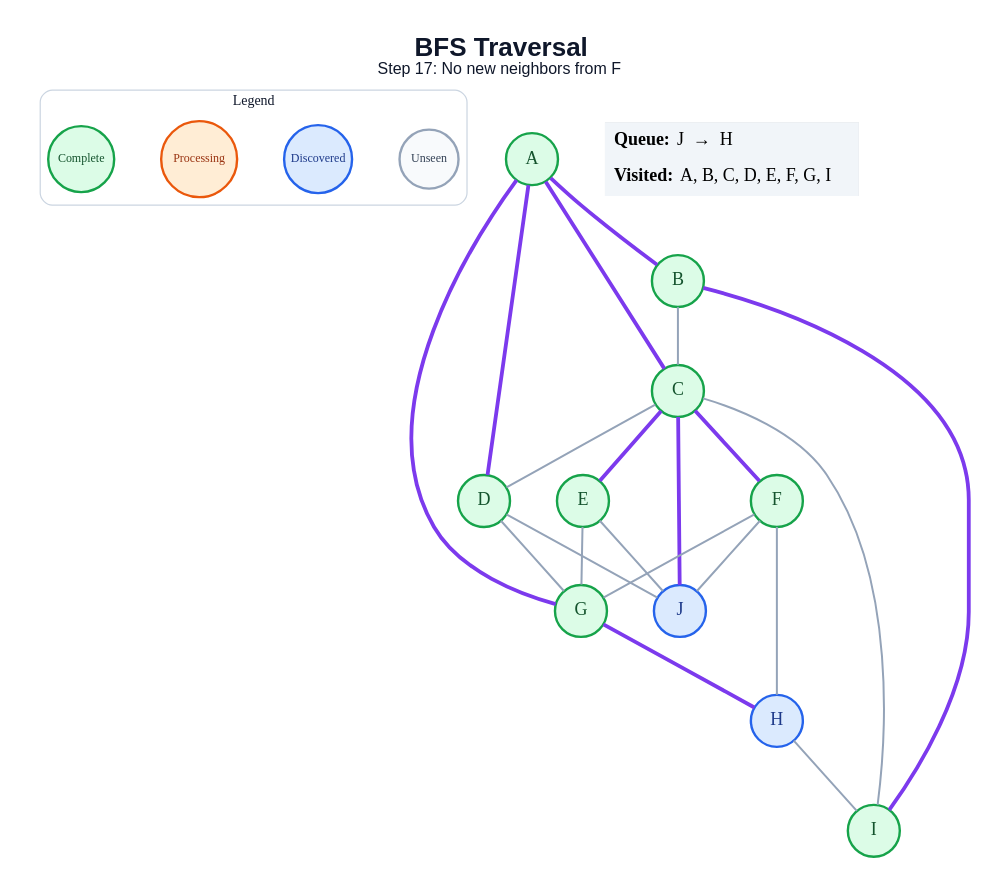
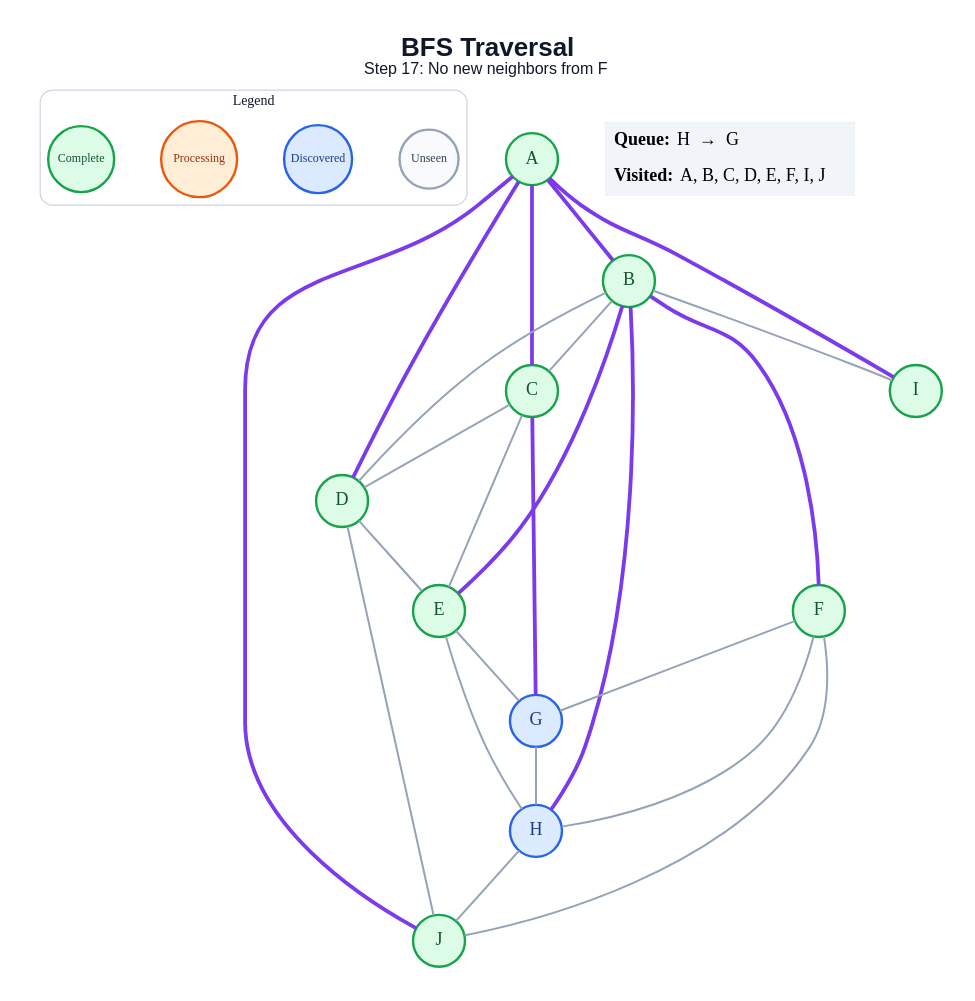
The diagram in generated/bfs/step_17.dot (amanghodawala9/ai-slop), drawn with Graphviz before and after one commit. The commit also changed 178 other files, not shown here.

```diff
--- a/generated/bfs/step_17.dot
+++ b/generated/bfs/step_17.dot
@@ -1,49 +1,52 @@
 graph traversal {
   graph [layout=dot, rankdir=TB, bgcolor="#FFFFFF", pad="0.35", nodesep="0.65", ranksep="0.8", fontname="Arial"];
   node [shape=circle, style="filled", fontname="Arial Bold", fontsize=18, width=0.72, fixedsize=true, penwidth=2.4];
   edge [color="#94A3B8", penwidth=2.0];
   label=<<B>BFS Traversal</B><BR/><FONT POINT-SIZE="16">Step 17: No new neighbors from F</FONT>>; labelloc="t"; fontsize=26; fontname="Arial"; fontcolor="#0F172A";
   subgraph cluster_legend { label="Legend"; color="#CBD5E1"; penwidth=1.2; style="rounded"; fontsize=14; fontname="Arial Bold";
     key_unseen [label="Unseen", fillcolor="#F8FAFC", color="#94A3B8", fontcolor="#334155", fontsize=12, width=0.82];
     key_frontier [label="Discovered", fillcolor="#DBEAFE", color="#2563EB", fontcolor="#1E3A8A", fontsize=12, width=0.95];
     key_current [label="Processing", fillcolor="#FFEDD5", color="#EA580C", fontcolor="#9A3412", fontsize=12, width=1.05];
     key_done [label="Complete", fillcolor="#DCFCE7", color="#16A34A", fontcolor="#14532D", fontsize=12, width=0.92];
     { rank=same; key_unseen; key_frontier; key_current; key_done; }
   }
   A [fillcolor="#DCFCE7", color="#16A34A", fontcolor="#14532D"];
   B [fillcolor="#DCFCE7", color="#16A34A", fontcolor="#14532D"];
   C [fillcolor="#DCFCE7", color="#16A34A", fontcolor="#14532D"];
   D [fillcolor="#DCFCE7", color="#16A34A", fontcolor="#14532D"];
   E [fillcolor="#DCFCE7", color="#16A34A", fontcolor="#14532D"];
   F [fillcolor="#DCFCE7", color="#16A34A", fontcolor="#14532D"];
-  G [fillcolor="#DCFCE7", color="#16A34A", fontcolor="#14532D"];
+  G [fillcolor="#DBEAFE", color="#2563EB", fontcolor="#1E3A8A"];
   H [fillcolor="#DBEAFE", color="#2563EB", fontcolor="#1E3A8A"];
   I [fillcolor="#DCFCE7", color="#16A34A", fontcolor="#14532D"];
-  J [fillcolor="#DBEAFE", color="#2563EB", fontcolor="#1E3A8A"];
+  J [fillcolor="#DCFCE7", color="#16A34A", fontcolor="#14532D"];
   A -- B [color="#7C3AED", penwidth=3.8];
   A -- C [color="#7C3AED", penwidth=3.8];
   A -- D [color="#7C3AED", penwidth=3.8];
-  A -- G [color="#7C3AED", penwidth=3.8];
+  A -- I [color="#7C3AED", penwidth=3.8];
+  A -- J [color="#7C3AED", penwidth=3.8];
   B -- C;
-  B -- I [color="#7C3AED", penwidth=3.8];
+  B -- D;
+  B -- E [color="#7C3AED", penwidth=3.8];
+  B -- F [color="#7C3AED", penwidth=3.8];
+  B -- H [color="#7C3AED", penwidth=3.8];
+  B -- I;
   C -- D;
-  C -- E [color="#7C3AED", penwidth=3.8];
-  C -- F [color="#7C3AED", penwidth=3.8];
-  C -- I;
-  C -- J [color="#7C3AED", penwidth=3.8];
-  D -- G;
+  C -- E;
+  C -- G [color="#7C3AED", penwidth=3.8];
+  D -- E;
   D -- J;
   E -- G;
-  E -- J;
+  E -- H;
   F -- G;
   F -- H;
   F -- J;
-  G -- H [color="#7C3AED", penwidth=3.8];
-  H -- I;
+  G -- H;
+  H -- J;
   status [shape=plain, fixedsize=false, width=0, height=0, margin=0, label=<
     <TABLE BORDER="0" CELLBORDER="0" CELLPADDING="7" BGCOLOR="#F1F5F9">
-      <TR><TD ALIGN="LEFT"><B>Queue:</B> J  →  H</TD></TR>
-      <TR><TD ALIGN="LEFT"><B>Visited:</B> A, B, C, D, E, F, G, I</TD></TR>
+      <TR><TD ALIGN="LEFT"><B>Queue:</B> H  →  G</TD></TR>
+      <TR><TD ALIGN="LEFT"><B>Visited:</B> A, B, C, D, E, F, I, J</TD></TR>
     </TABLE>
   >];
 }
```
